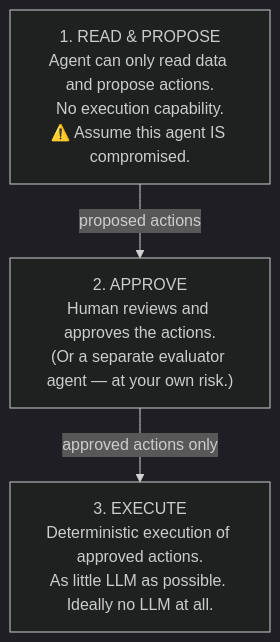
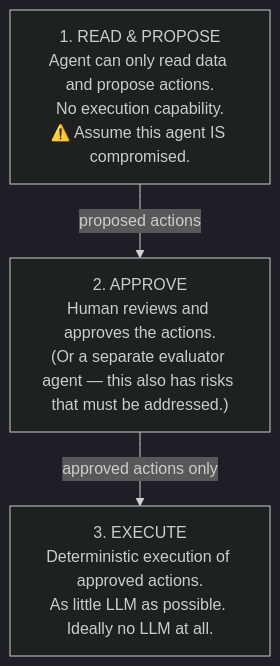
The diagram in docs/principles.md (luisalima/agentic-security), drawn with Mermaid (dark theme) before and after one commit. The commit also changed other lines of this file and 3 other files, not shown here.

````diff
--- a/docs/principles.md
+++ b/docs/principles.md
@@ -89,8 +87,8 @@
 ```mermaid
 flowchart TD
     A["1. READ & PROPOSE\nAgent can only read data and propose actions.\nNo execution capability.\n⚠️ Assume this agent IS compromised."]
-    B["2. APPROVE\nHuman reviews and approves the actions.\n(Or a separate evaluator agent — at your own risk.)"]
+    B["2. APPROVE\nHuman reviews and approves the actions.\n(Or a separate evaluator agent — this also has risks that must be addressed.)"]
     C["3. EXECUTE\nDeterministic execution of approved actions.\nAs little LLM as possible. Ideally no LLM at all."]
     A -- "proposed actions" --> B
     B -- "approved actions only" --> C
 ```
````
